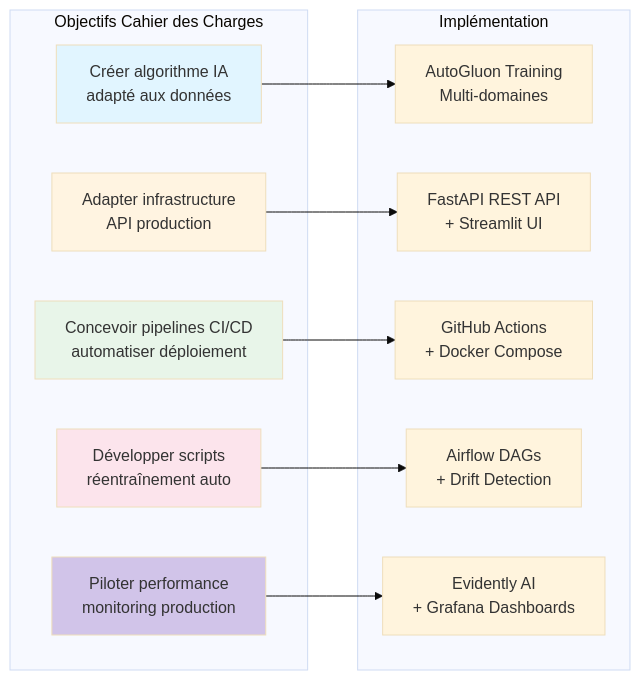
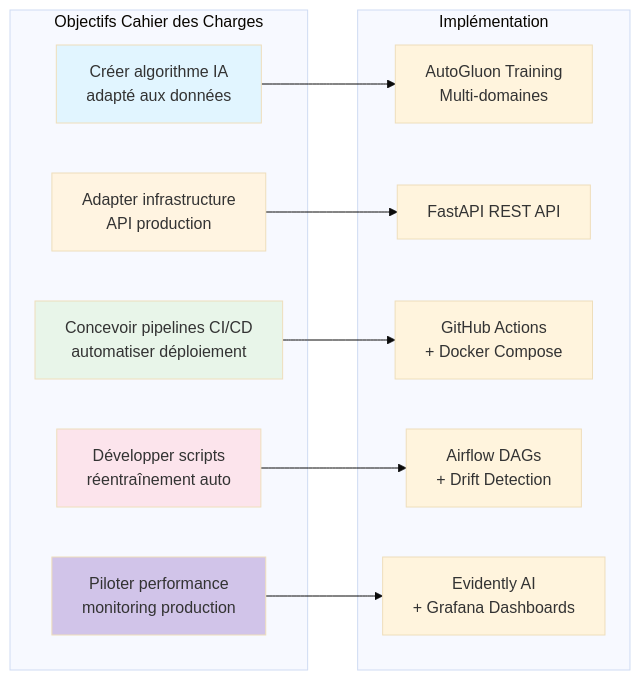
One commit to jinsudai/jinsudai changed the sixth of 6 diagrams in Services/docsify/docs/architecture-globale.md. Above: the diagram before and after it, drawn with Mermaid (base theme). The commit also changed other lines of this file and 9 other files, not shown here.

````diff
--- a/Services/docsify/docs/architecture-globale.md
+++ b/Services/docsify/docs/architecture-globale.md
@@ -288,30 +185,30 @@
 ```mermaid
 graph LR
     subgraph "Objectifs Cahier des Charges"
         O1[Créer algorithme IA<br/>adapté aux données]
         O2[Adapter infrastructure<br/>API production]
         O3[Concevoir pipelines CI/CD<br/>automatiser déploiement]
         O4[Développer scripts<br/>réentraînement auto]
         O5[Piloter performance<br/>monitoring production]
     end
 
     subgraph "Implémentation"
         I1[AutoGluon Training<br/>Multi-domaines]
-        I2[FastAPI REST API<br/>+ Streamlit UI]
+        I2[FastAPI REST API]
         I3[GitHub Actions<br/>+ Docker Compose]
         I4[Airflow DAGs<br/>+ Drift Detection]
         I5[Evidently AI<br/>+ Grafana Dashboards]
     end
 
     O1 --> I1
     O2 --> I2
     O3 --> I3
     O4 --> I4
     O5 --> I5
 
     style O1 fill:#e1f5ff
     style O2 fill:#fff4e1
     style O3 fill:#e8f5e9
     style O4 fill:#fce4ec
     style O5 fill:#d1c4e9
 ```
````
